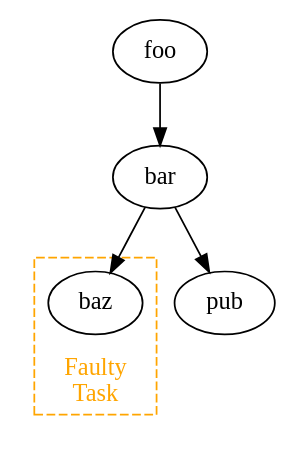
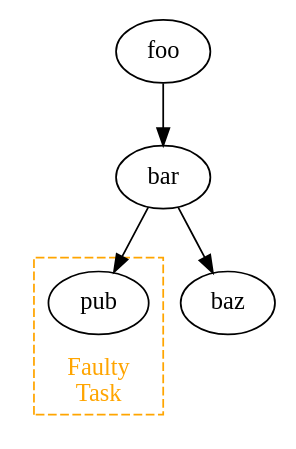
One commit to metomi/rose changed the ninth of 9 diagrams in sphinx/tutorial/cylc/furthertopics/suicide-triggers.rst. Above: the diagram before and after it, drawn with Graphviz.

Commit message:
correct diagram

```diff
--- a/sphinx/tutorial/cylc/furthertopics/suicide-triggers.rst
+++ b/sphinx/tutorial/cylc/furthertopics/suicide-triggers.rst
@@ -634,14 +634,14 @@
 .. digraph:: Example
    :align: center
 
    subgraph cluster_1 {
       label = "Faulty\nTask"
       color = "orange"
       fontcolor = "orange"
       style = "dashed"
       labelloc = "b"
-      baz
+      pub
    }
 
    foo -> bar -> baz
    bar -> pub
```
